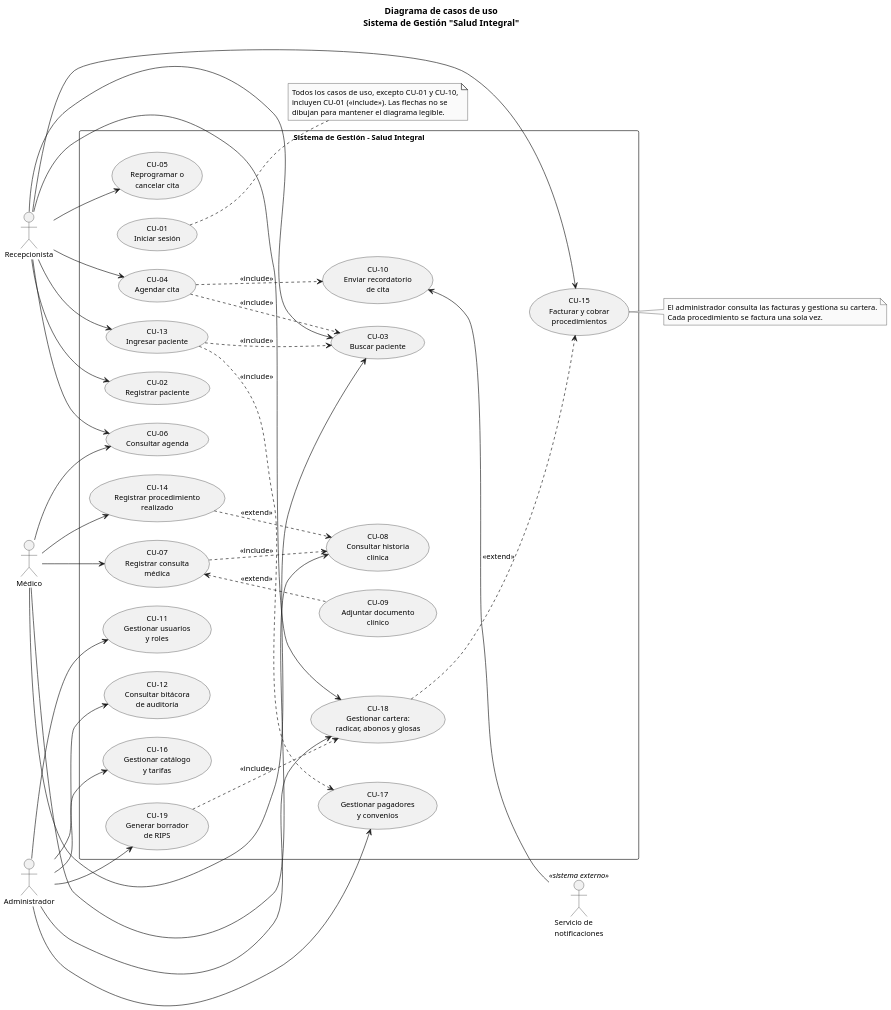
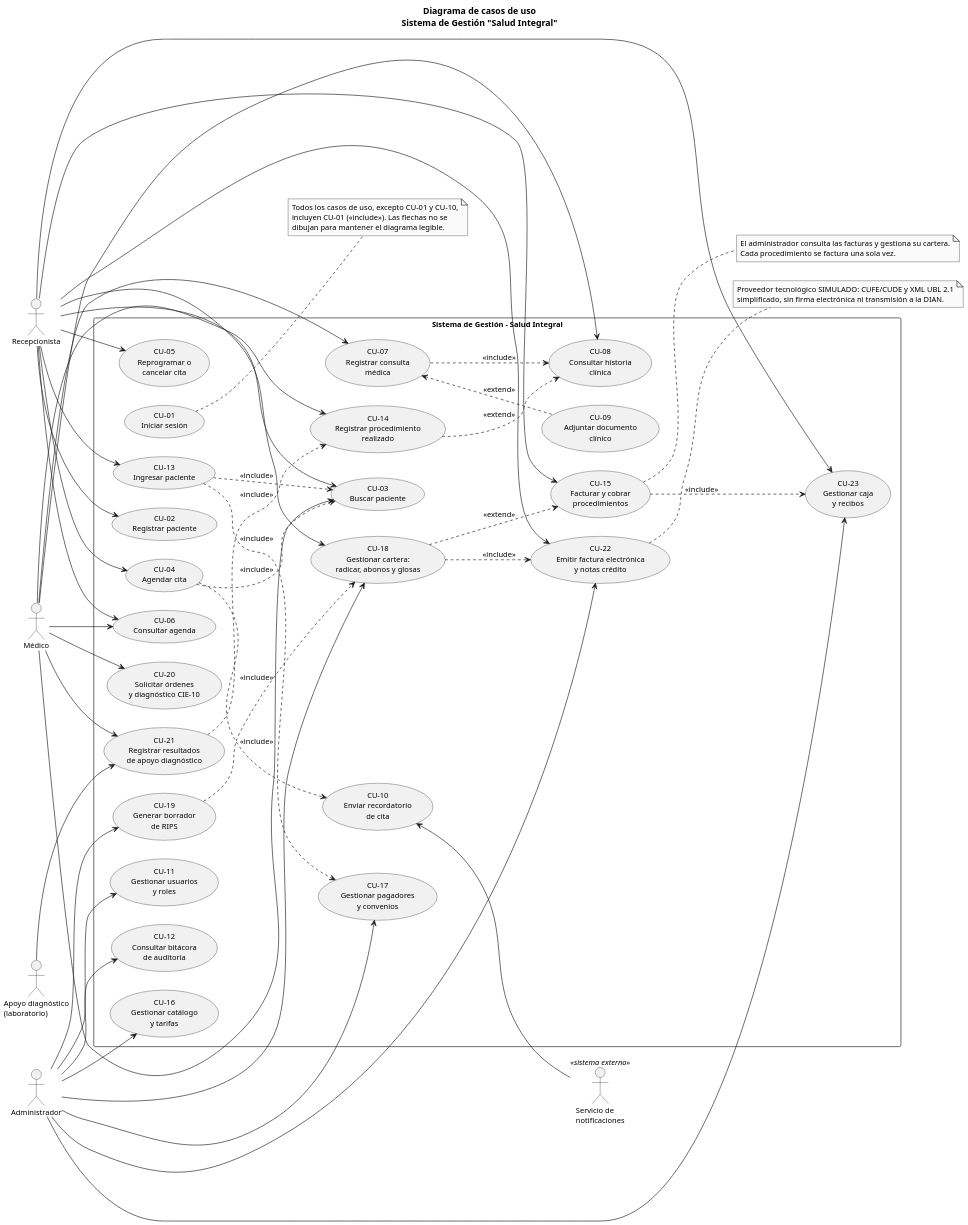
One commit to JNACHO2001/consultorio-medico changed the diagram in docs/uml/01_casos_de_uso.puml. Above: the diagram before and after it, drawn with PlantUML.

Commit message:
UML: órdenes y resultados, facturación electrónica y caja (01_casos_de_uso.puml)

```diff
--- a/docs/uml/01_casos_de_uso.puml
+++ b/docs/uml/01_casos_de_uso.puml
@@ -1,89 +1,110 @@
 @startuml 01_casos_de_uso
 ' Diagrama de casos de uso - Sistema de Gestión "Salud Integral"
 ' Fuente: Documento de Levantamiento de Requerimientos, sección 10
 
 left to right direction
 skinparam monochrome true
 skinparam shadowing false
 skinparam dpi 150
 skinparam defaultFontSize 12
 skinparam packageStyle rectangle
 skinparam nodesep 30
 skinparam ranksep 45
 
 title Diagrama de casos de uso\nSistema de Gestión "Salud Integral"
 
 actor "Recepcionista" as REC
 actor "Médico" as MED
 actor "Administrador" as ADM
+actor "Apoyo diagnóstico\n(laboratorio)" as LAB
 
 rectangle "Sistema de Gestión – Salud Integral" {
   usecase "CU-02\nRegistrar paciente" as CU02
   usecase "CU-04\nAgendar cita" as CU04
   usecase "CU-05\nReprogramar o\ncancelar cita" as CU05
   usecase "CU-06\nConsultar agenda" as CU06
   usecase "CU-07\nRegistrar consulta\nmédica" as CU07
   usecase "CU-11\nGestionar usuarios\ny roles" as CU11
   usecase "CU-12\nConsultar bitácora\nde auditoría" as CU12
   usecase "CU-03\nBuscar paciente" as CU03
   usecase "CU-08\nConsultar historia\nclínica" as CU08
   usecase "CU-09\nAdjuntar documento\nclínico" as CU09
   usecase "CU-10\nEnviar recordatorio\nde cita" as CU10
   usecase "CU-01\nIniciar sesión" as CU01
   usecase "CU-13\nIngresar paciente" as CU13
   usecase "CU-14\nRegistrar procedimiento\nrealizado" as CU14
   usecase "CU-15\nFacturar y cobrar\nprocedimientos" as CU15
   usecase "CU-16\nGestionar catálogo\ny tarifas" as CU16
   usecase "CU-17\nGestionar pagadores\ny convenios" as CU17
   usecase "CU-18\nGestionar cartera:\nradicar, abonos y glosas" as CU18
   usecase "CU-19\nGenerar borrador\nde RIPS" as CU19
+  usecase "CU-20\nSolicitar órdenes\ny diagnóstico CIE-10" as CU20
+  usecase "CU-21\nRegistrar resultados\nde apoyo diagnóstico" as CU21
+  usecase "CU-22\nEmitir factura electrónica\ny notas crédito" as CU22
+  usecase "CU-23\nGestionar caja\ny recibos" as CU23
 }
 
 actor "Servicio de\nnotificaciones" as NOT <<sistema externo>>
 
 REC --> CU02
 REC --> CU04
 REC --> CU05
 REC --> CU06
 REC --> CU03
 REC --> CU13
 REC --> CU15
 REC --> CU18
+REC --> CU22
+REC --> CU23
 
 MED --> CU14
+MED --> CU20
+MED --> CU21
 MED --> CU06
 MED --> CU07
 MED --> CU03
 MED --> CU08
 
 ADM --> CU11
 ADM --> CU12
 ADM --> CU16
 ADM --> CU17
 ADM --> CU18
 ADM --> CU19
+ADM --> CU22
+ADM --> CU23
+
+LAB --> CU21
 
 CU04 ..> CU03 : <<include>>
 CU04 ..> CU10 : <<include>>
 CU07 ..> CU08 : <<include>>
 CU09 .up.> CU07 : <<extend>>
 CU13 ..> CU03 : <<include>>
 CU14 ..> CU08 : <<extend>>
 CU13 ..> CU17 : <<include>>
 CU18 ..> CU15 : <<extend>>
 CU19 ..> CU18 : <<include>>
+CU21 ..> CU14 : <<include>>
+CU18 ..> CU22 : <<include>>
+CU15 ..> CU23 : <<include>>
 
 CU10 <-- NOT
 
 note right of CU15
   El administrador consulta las facturas y gestiona su cartera.
   Cada procedimiento se factura una sola vez.
+end note
+
+note right of CU22
+  Proveedor tecnológico SIMULADO: CUFE/CUDE y XML UBL 2.1
+  simplificado, sin firma electrónica ni transmisión a la DIAN.
 end note
 
 note right of CU01
   Todos los casos de uso, excepto CU-01 y CU-10,
   incluyen CU-01 (<<include>>). Las flechas no se
   dibujan para mantener el diagrama legible.
 end note
 
 @enduml
```
